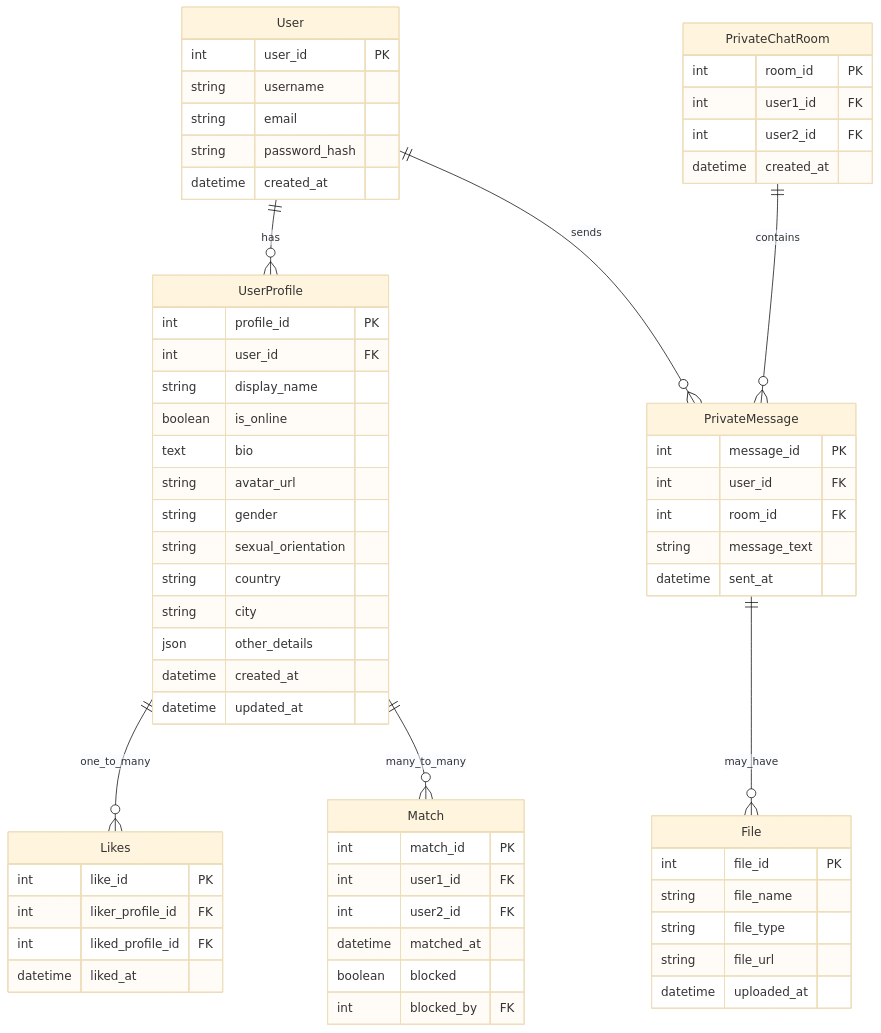
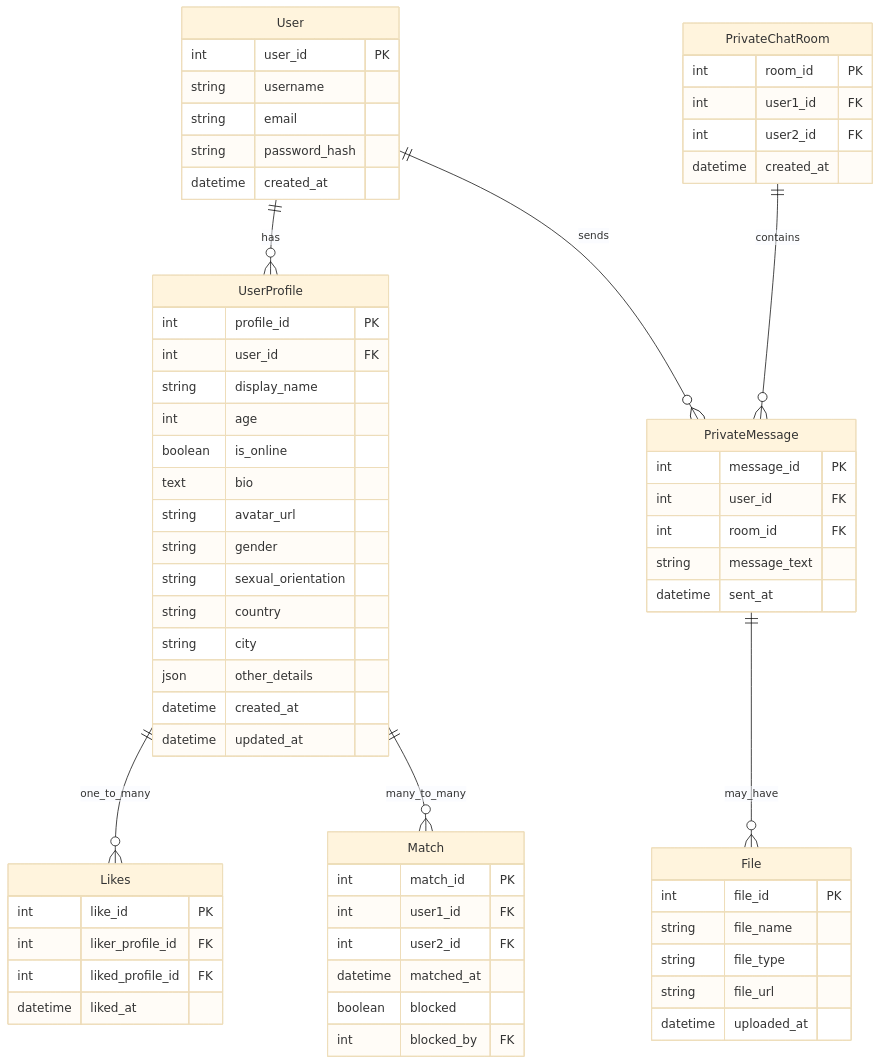
The diagram in README.md (dimitri-edel/team-5), drawn with Mermaid (base theme) before and after one commit. The commit also changed 2 other files, not shown here.

````diff
--- a/README.md
+++ b/README.md
@@ -60,68 +60,69 @@
 ```mermaid
 erDiagram
     User {
         int user_id PK
         string username
         string email
         string password_hash
         datetime created_at
     }
     UserProfile {
         int profile_id PK
         int user_id FK
         string display_name
+        int age
         boolean is_online
         text bio
         string avatar_url
         string gender
         string sexual_orientation
         string country
         string city
         json other_details
         datetime created_at
         datetime updated_at
     }
     PrivateChatRoom {
         int room_id PK
         int user1_id FK
         int user2_id FK
         datetime created_at
     }    
     PrivateMessage {
         int message_id PK
         int user_id FK
         int room_id FK
         string message_text
         datetime sent_at
     }
     File {
         int file_id PK
         string file_name
         string file_type
         string file_url
         datetime uploaded_at
     }    
     Match {
         int match_id PK
         int user1_id FK
         int user2_id FK
         datetime matched_at
         boolean blocked
         int blocked_by FK
     }
     %% blocked_by: user_id of the user who initiated the block
     
     Likes {
         int like_id PK
         int liker_profile_id FK
         int liked_profile_id FK
         datetime liked_at
     }
 
     User ||--o{ UserProfile : has
     User ||--o{ PrivateMessage : sends
     PrivateChatRoom ||--o{ PrivateMessage : contains
     PrivateMessage ||--o{ File : may_have
     UserProfile ||--o{ Likes : one_to_many
     UserProfile ||--o{ Match : many_to_many
 ```
````
